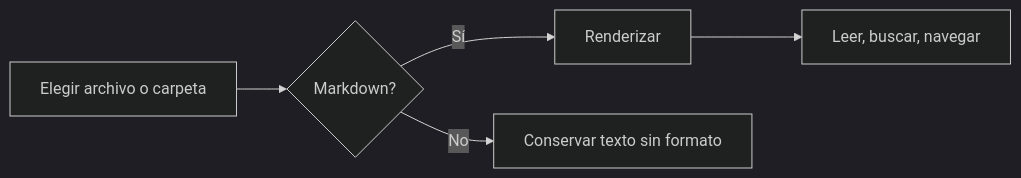
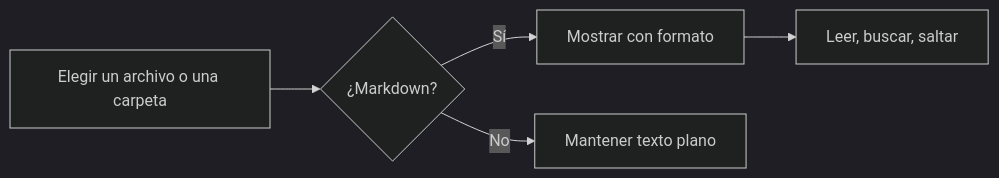
The first of 3 diagrams in samples/es/parchment-guide.md (bruce-yang-422/parchment), drawn with Mermaid (dark theme) before and after one commit. The commit also changed other lines of this file and 24 other files, not shown here.

First line of the commit message:
docs(samples): 擴充 8 語系使用導覽與連結筆記、閱讀測試加入 Flickr 有連結圖片 / expand the sample guide and linked note in 8 languages, add a linked Flickr image to the reading test

````diff
--- a/samples/es/parchment-guide.md
+++ b/samples/es/parchment-guide.md
@@ -69,7 +126,7 @@
 ```mermaid
 flowchart LR
-  A[Elegir archivo o carpeta] --> B{Markdown?}
-  B -->|Sí| C[Renderizar]
-  B -->|No| D[Conservar texto sin formato]
-  C --> E[Leer, buscar, navegar]
+  A[Elegir un archivo o una carpeta] --> B{¿Markdown?}
+  B -->|Sí| C[Mostrar con formato]
+  B -->|No| D[Mantener texto plano]
+  C --> E[Leer, buscar, saltar]
 ```
````
